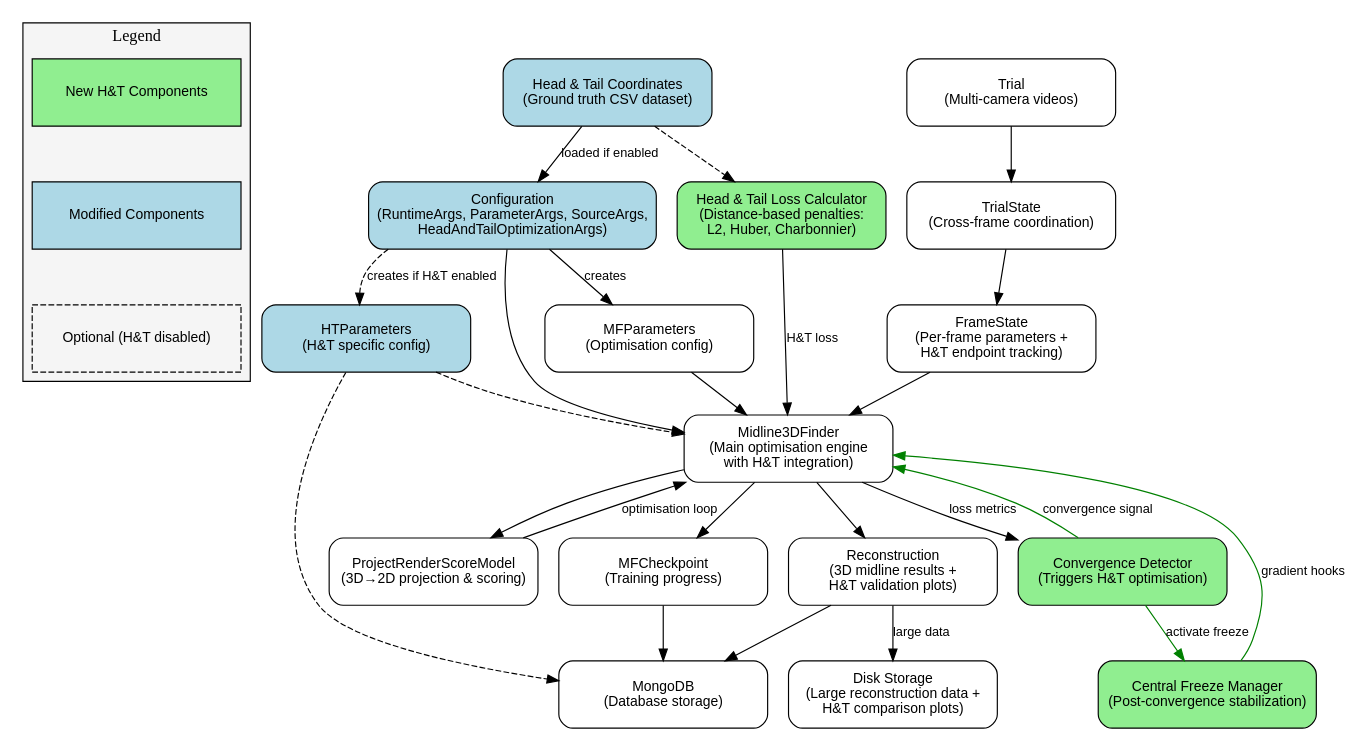
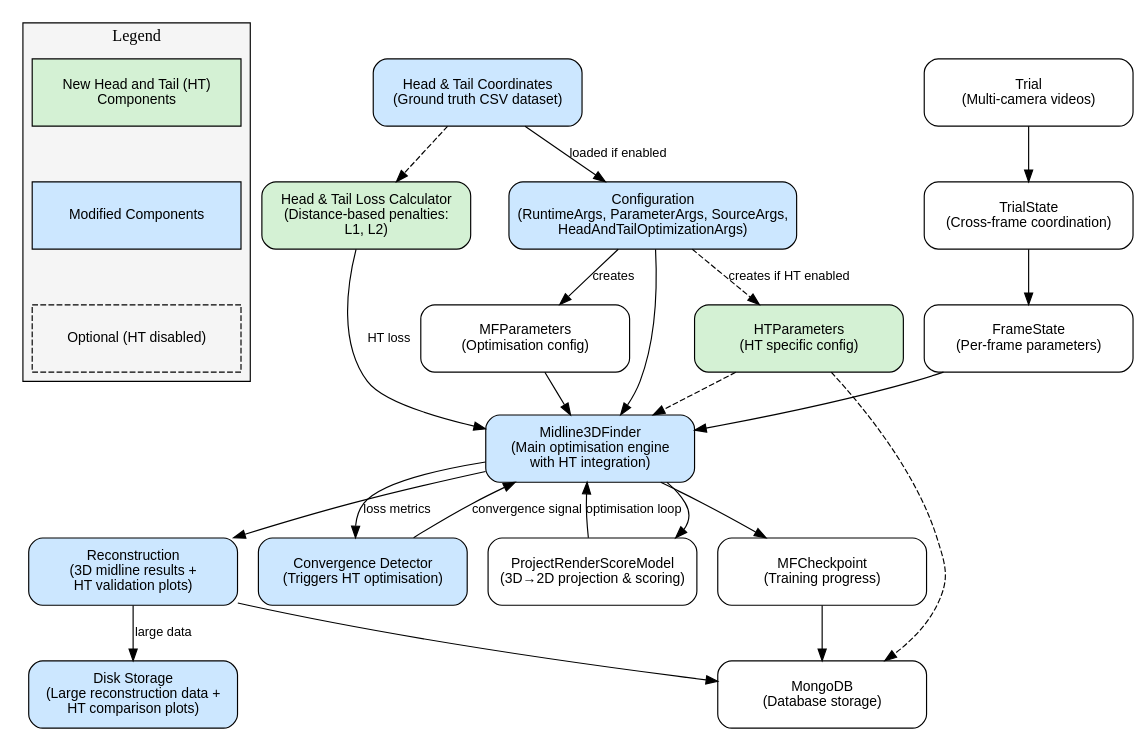
One commit to sreerag-ms/wormlab3d changed the diagram in architecture_builder.dot. Above: the diagram before and after it, drawn with Graphviz. The commit also changed 1 other file, not shown here.

Commit message:
Updated architecture diagram

```diff
--- a/architecture_builder.dot
+++ b/architecture_builder.dot
@@ -1,77 +1,74 @@
 digraph WormReconstruction {
     rankdir=TB;
     node [shape=box, style=rounded, fontsize=12, fontname="Arial", height=0.8, width=2.5];
     edge [fontsize=11, fontname="Arial"];
     
     subgraph cluster_legend {
         label="Legend";
         style="filled";
         fillcolor="whitesmoke";
         rank="source";
-        LegendNew [label="New H&T Components", style="filled", fillcolor="lightgreen", shape="box"];
-        LegendModified [label="Modified Components", style="filled", fillcolor="lightblue", shape="box"];
-        LegendOptional [label="Optional (H&T disabled)", style="dashed", shape="box"];
+        LegendNew [label="New Head and Tail (HT)\n Components", style="filled", fillcolor="#D4F1D4", shape="box"];
+        LegendModified [label="Modified Components", style="filled", fillcolor="#CCE7FF", shape="box"];
+        LegendOptional [label="Optional (HT disabled)", style="dashed", shape="box"];
         LegendNew -> LegendModified -> LegendOptional [style="invis"];
     }
     
     // Input Configuration
-    Args [label="Configuration\n(RuntimeArgs, ParameterArgs, SourceArgs,\nHeadAndTailOptimizationArgs)",style="filled,rounded", fillcolor="lightblue"];
+    Args [label="Configuration\n(RuntimeArgs, ParameterArgs, SourceArgs,\nHeadAndTailOptimizationArgs)",style="filled,rounded", fillcolor="#CCE7FF"];
     Trial [label="Trial\n(Multi-camera videos)"];
-    HTCoordinates [label="Head & Tail Coordinates\n(Ground truth CSV dataset)", style="filled,rounded", fillcolor="lightblue"];
+    HTCoordinates [label="Head & Tail Coordinates\n(Ground truth CSV dataset)", style="filled,rounded", fillcolor="#CCE7FF"];
     
     // Core Processing
-    Midline3DFinder [label="Midline3DFinder\n(Main optimisation engine\nwith H&T integration)"];
+    Midline3DFinder [label="Midline3DFinder\n(Main optimisation engine\nwith HT integration)",  style="filled,rounded", fillcolor="#CCE7FF"];
     ProjectRenderScoreModel [label="ProjectRenderScoreModel\n(3D→2D projection & scoring)"];
     
     // Head & Tail Components
-    HTLossCalculator [label="Head & Tail Loss Calculator\n(Distance-based penalties:\nL2, Huber, Charbonnier)", style="filled,rounded", fillcolor="lightgreen"];
-    ConvergenceDetector [label="Convergence Detector\n(Triggers H&T optimisation)", style="filled,rounded", fillcolor="lightgreen"];
-    CentralFreezeManager [label="Central Freeze Manager\n(Post-convergence stabilization)", style="filled,rounded", fillcolor="lightgreen"];
+    HTLossCalculator [label="Head & Tail Loss Calculator\n(Distance-based penalties:\nL1, L2)", style="filled,rounded", fillcolor="#D4F1D4"];
+    ConvergenceDetector [label="Convergence Detector\n(Triggers HT optimisation)", style="filled,rounded", fillcolor="#CCE7FF"];
     
     // State Management
     TrialState [label="TrialState\n(Cross-frame coordination)"];
-    FrameState [label="FrameState\n(Per-frame parameters +\nH&T endpoint tracking)"];
+    FrameState [label="FrameState\n(Per-frame parameters)"];
     
     // Database Models
     MFParameters [label="MFParameters\n(Optimisation config)"];
-    HTParameters [label="HTParameters\n(H&T specific config)", style="filled,rounded", fillcolor="lightblue"];
+    HTParameters [label="HTParameters\n(HT specific config)", style="filled,rounded", fillcolor="#D4F1D4"];
     
     // Output
-    Reconstruction [label="Reconstruction\n(3D midline results +\nH&T validation plots)"];
+    Reconstruction [label="Reconstruction\n(3D midline results +\nHT validation plots)", style="filled,rounded", fillcolor="#CCE7FF"];
     MFCheckpoint [label="MFCheckpoint\n(Training progress)"];
     MongoDB [label="MongoDB\n(Database storage)"];
-    DiskStorage [label="Disk Storage\n(Large reconstruction data +\nH&T comparison plots)"];
+    DiskStorage [label="Disk Storage\n(Large reconstruction data +\nHT comparison plots)", style="filled,rounded", fillcolor="#CCE7FF"];
     
     // Main flow connections
     Args -> Midline3DFinder;
     HTCoordinates -> Args [label="loaded if enabled"];
     Trial -> TrialState;
     TrialState -> FrameState;
     FrameState -> Midline3DFinder;
     
     // Core optimisation loop
     Midline3DFinder -> ProjectRenderScoreModel;
     ProjectRenderScoreModel -> Midline3DFinder [label="optimisation loop"];
     
     // Head & Tail integration
     HTCoordinates -> HTLossCalculator [style="dashed"];
-    HTLossCalculator -> Midline3DFinder [label="H&T loss"];
+    HTLossCalculator -> Midline3DFinder [label="HT loss"];
     Midline3DFinder -> ConvergenceDetector [label="loss metrics"];
-    ConvergenceDetector -> Midline3DFinder [label="convergence signal", color="green"];
-    ConvergenceDetector -> CentralFreezeManager [label="activate freeze", color="green"];
-    CentralFreezeManager -> Midline3DFinder [label="gradient hooks", color="green"];
+    ConvergenceDetector -> Midline3DFinder [label="convergence signal"];
     
     // Parameter configuration
     Args -> MFParameters [label="creates"];
-    Args -> HTParameters [label="creates if H&T enabled", style="dashed"];
+    Args -> HTParameters [label="creates if HT enabled", style="dashed"];
     MFParameters -> Midline3DFinder;
     HTParameters -> Midline3DFinder [style="dashed"];
     
     // Output connections
     Midline3DFinder -> Reconstruction;
     Midline3DFinder -> MFCheckpoint;
     Reconstruction -> MongoDB;
     MFCheckpoint -> MongoDB;
     HTParameters -> MongoDB [style="dashed"];
-    Reconstruction -> DiskStorage [label="large data"];
+    Reconstruction -> DiskStorage [label=" large data"];
 }
```
